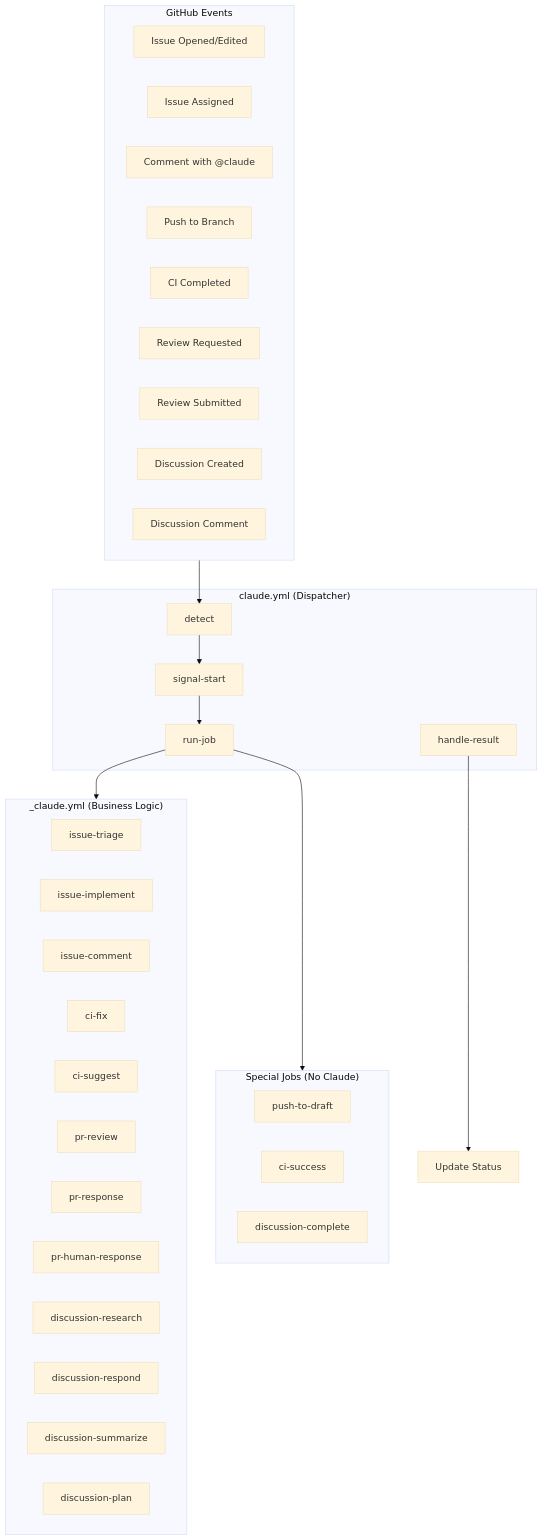
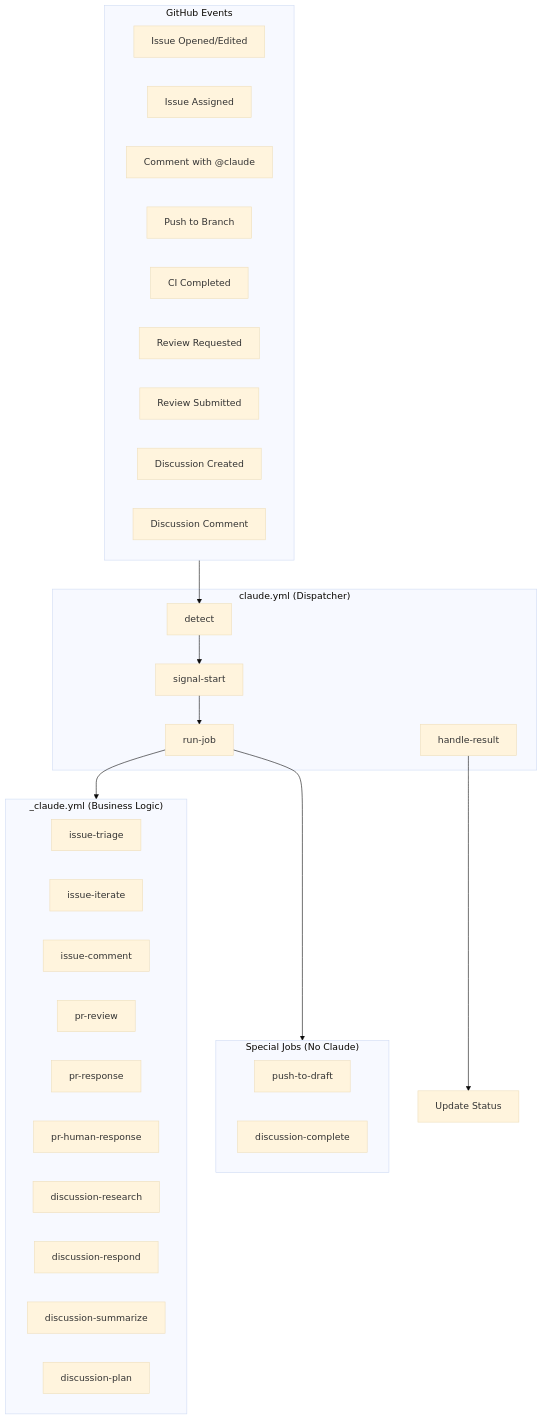
One commit to kevin-mind/nopo changed the first of 5 diagrams in docs/automation/ARCHITECTURE.md. Above: the diagram before and after it, drawn with Mermaid (base theme). The commit also changed other lines of this file and 25 other files, not shown here.

First line of the commit message:
feat(claude): implement unified iteration model for issue implementation

````diff
--- a/docs/automation/ARCHITECTURE.md
+++ b/docs/automation/ARCHITECTURE.md
@@ -7,49 +7,46 @@
 ```mermaid
 flowchart TB
     subgraph Triggers["GitHub Events"]
         T1[Issue Opened/Edited]
         T2[Issue Assigned]
         T3[Comment with @claude]
         T4[Push to Branch]
         T5[CI Completed]
         T6[Review Requested]
         T7[Review Submitted]
         T8[Discussion Created]
         T9[Discussion Comment]
     end
 
     subgraph Dispatcher["claude.yml (Dispatcher)"]
         D1[detect]
         D2[signal-start]
         D3[run-job]
         D4[handle-result]
     end
 
     subgraph Special["Special Jobs (No Claude)"]
         S1[push-to-draft]
-        S2[ci-success]
         S3[discussion-complete]
     end
 
     subgraph Controller["_claude.yml (Business Logic)"]
         C1[issue-triage]
-        C2[issue-implement]
+        C2[issue-iterate]
         C3[issue-comment]
-        C4[ci-fix]
-        C5[ci-suggest]
         C6[pr-review]
         C7[pr-response]
         C8[pr-human-response]
         C9[discussion-research]
         C10[discussion-respond]
         C11[discussion-summarize]
         C12[discussion-plan]
     end
 
     Triggers --> D1
     D1 --> D2
     D2 --> D3
     D3 --> Controller
     D3 --> Special
     D4 --> Result[Update Status]
 ```
````
